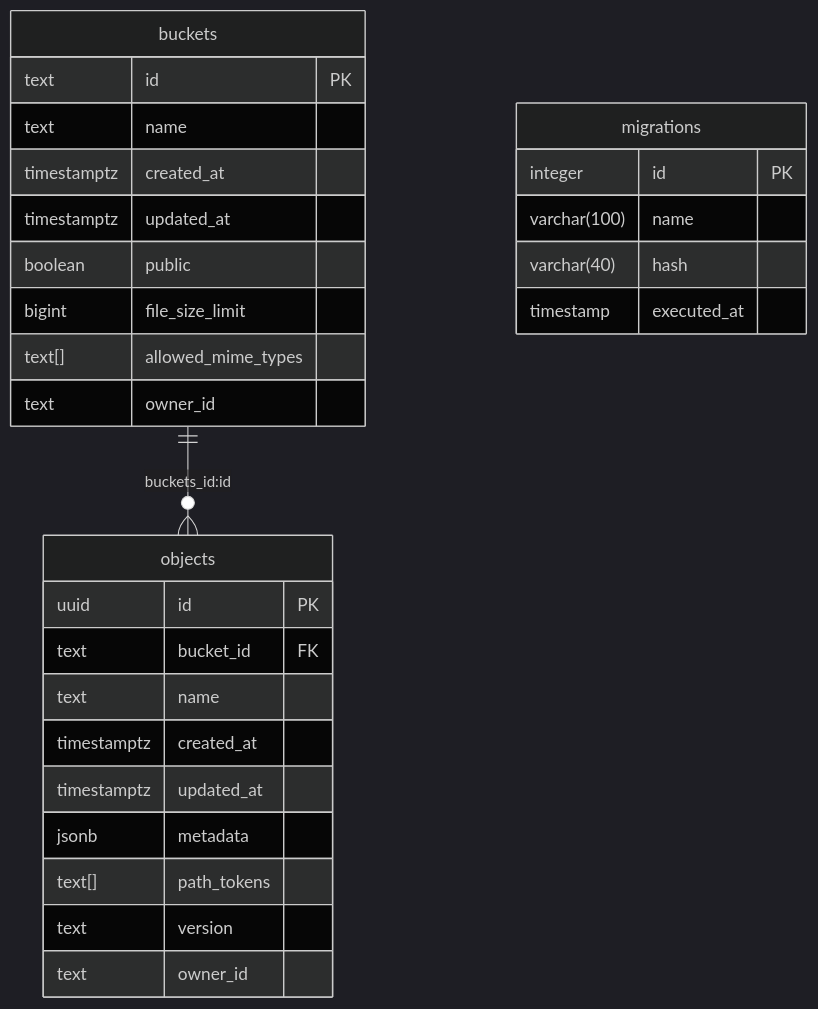
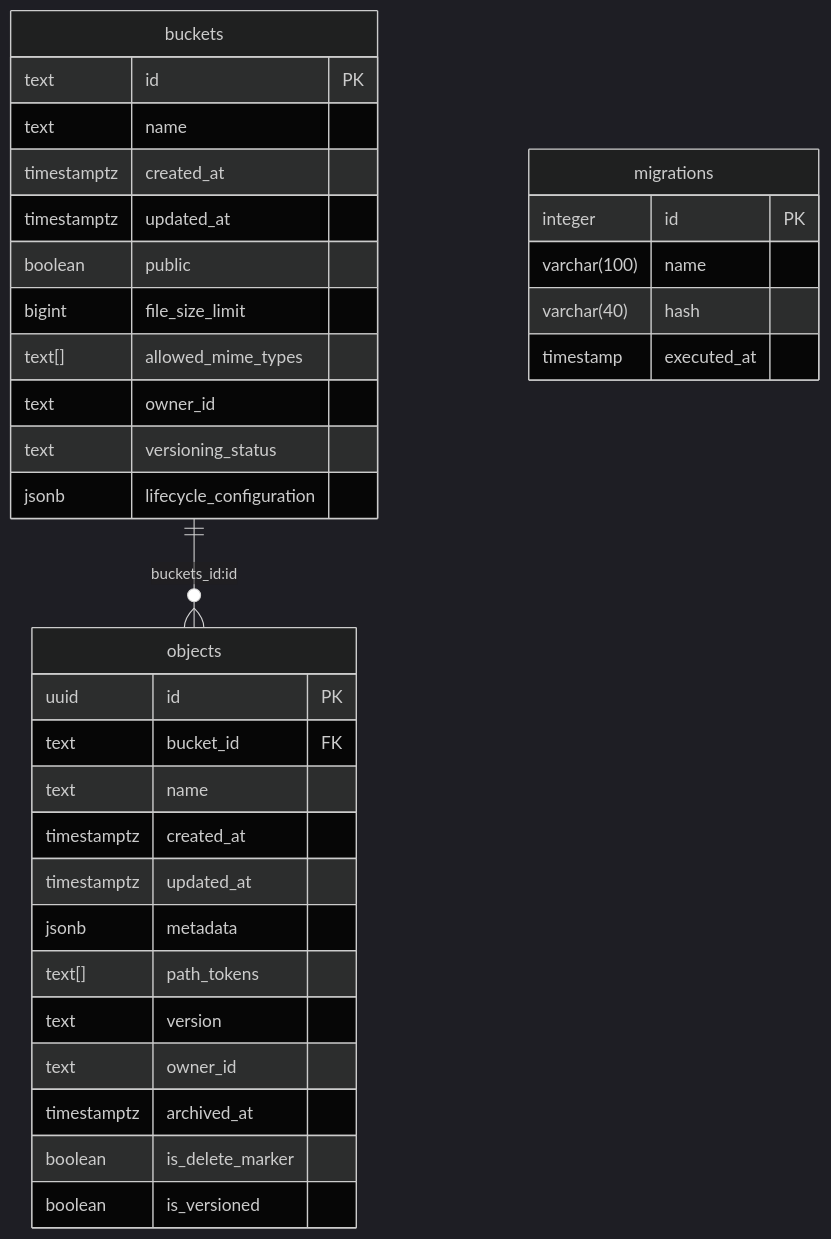
The diagram in apps/docs/content/guides/storage/schema/design.mdx (supabase/supabase), drawn with Mermaid (dark theme) before and after one commit. The commit also changed other lines of this file and 7 other files, not shown here.

Commit message:
docs(storage): add object versioning and lifecycle policies guides

````diff
--- a/apps/docs/content/guides/storage/schema/design.mdx
+++ b/apps/docs/content/guides/storage/schema/design.mdx
@@ -21,31 +21,36 @@
 ```mermaid
 erDiagram
   buckets ||--o{ objects : "buckets_id:id"
   buckets {
     text id PK
     text name
     timestamptz created_at
     timestamptz updated_at
     boolean public
     bigint file_size_limit
     text[] allowed_mime_types
     text owner_id
+    text versioning_status
+    jsonb lifecycle_configuration
   }
   objects {
     uuid id PK
     text bucket_id FK
     text name
     timestamptz created_at
     timestamptz updated_at
     jsonb metadata
     text[] path_tokens
     text version
     text owner_id
+    timestamptz archived_at
+    boolean is_delete_marker
+    boolean is_versioned
   }
   migrations {
     integer id PK
     varchar(100) name
     varchar(40) hash
     timestamp executed_at
   }
 ```
````
